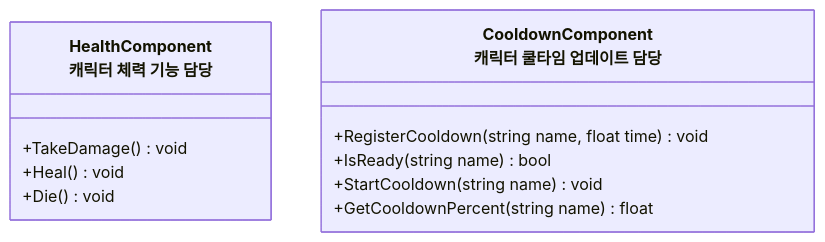
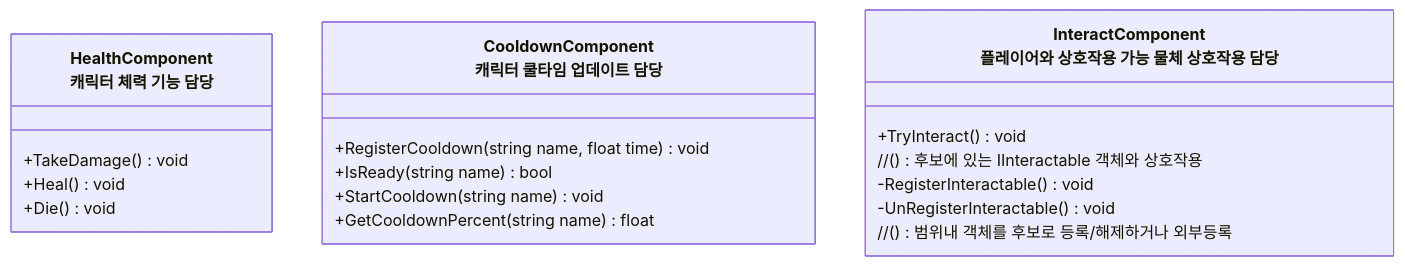
One commit to JIN5EOK/DungeonShooter changed the third of 6 diagrams in README/Entity_설계.md. Above: the diagram before and after it, drawn with Mermaid. The commit also changed 1 other file, not shown here.

Commit message:
docs: Docs update

````diff
--- a/README/Entity_설계.md
+++ b/README/Entity_설계.md
@@ -41,14 +41,21 @@
 ```mermaid
 classDiagram
     class HealthComponent["HealthComponent<br>캐릭터 체력 기능 담당"]{
         +TakeDamage() void
         +Heal() void
         +Die() void
     }
     class CooldownComponent["CooldownComponent<br>캐릭터 쿨타임 업데이트 담당"]{
         +RegisterCooldown(string name, float time) void
         +IsReady(string name) bool
         +StartCooldown(string name) void
         +GetCooldownPercent(string name) float
     }
+    class InteractComponent["InteractComponent<br>플레이어와 상호작용 가능 물체 상호작용 담당"]{
+        +TryInteract() void 
+        // () 후보에 있는 IInteractable 객체와 상호작용
+        -RegisterInteractable() void
+        -UnRegisterInteractable() void
+        // () 범위내 객체를 후보로 등록/해제하거나 외부등록
+    }
 ```
````
